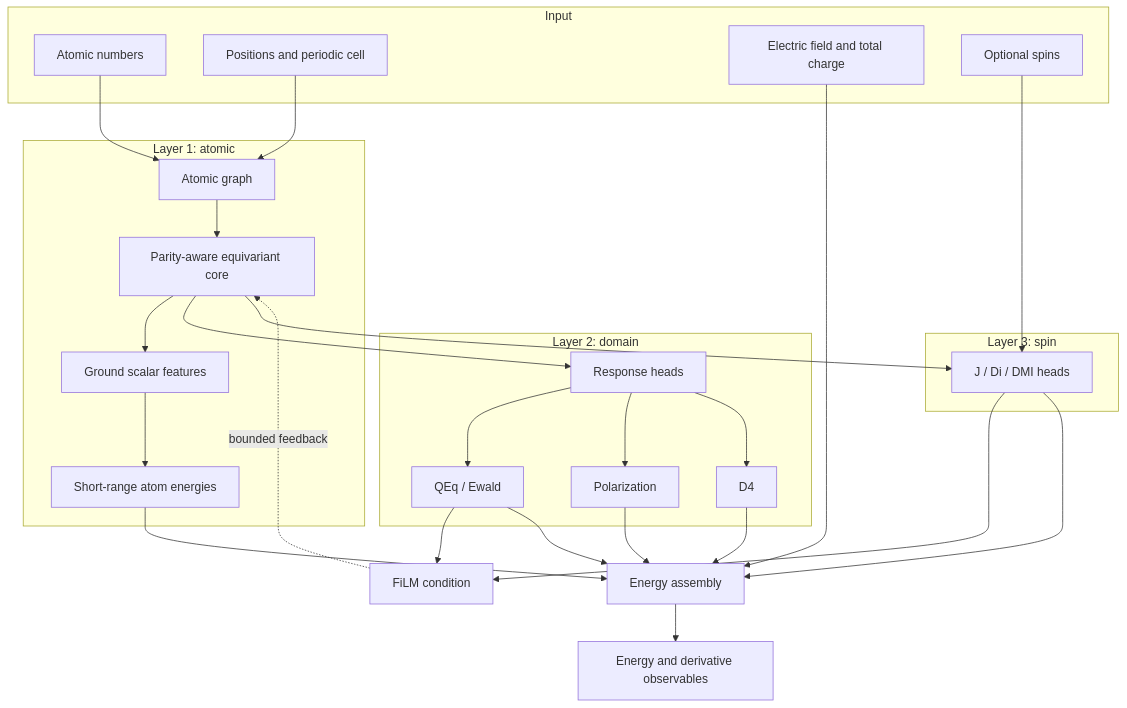
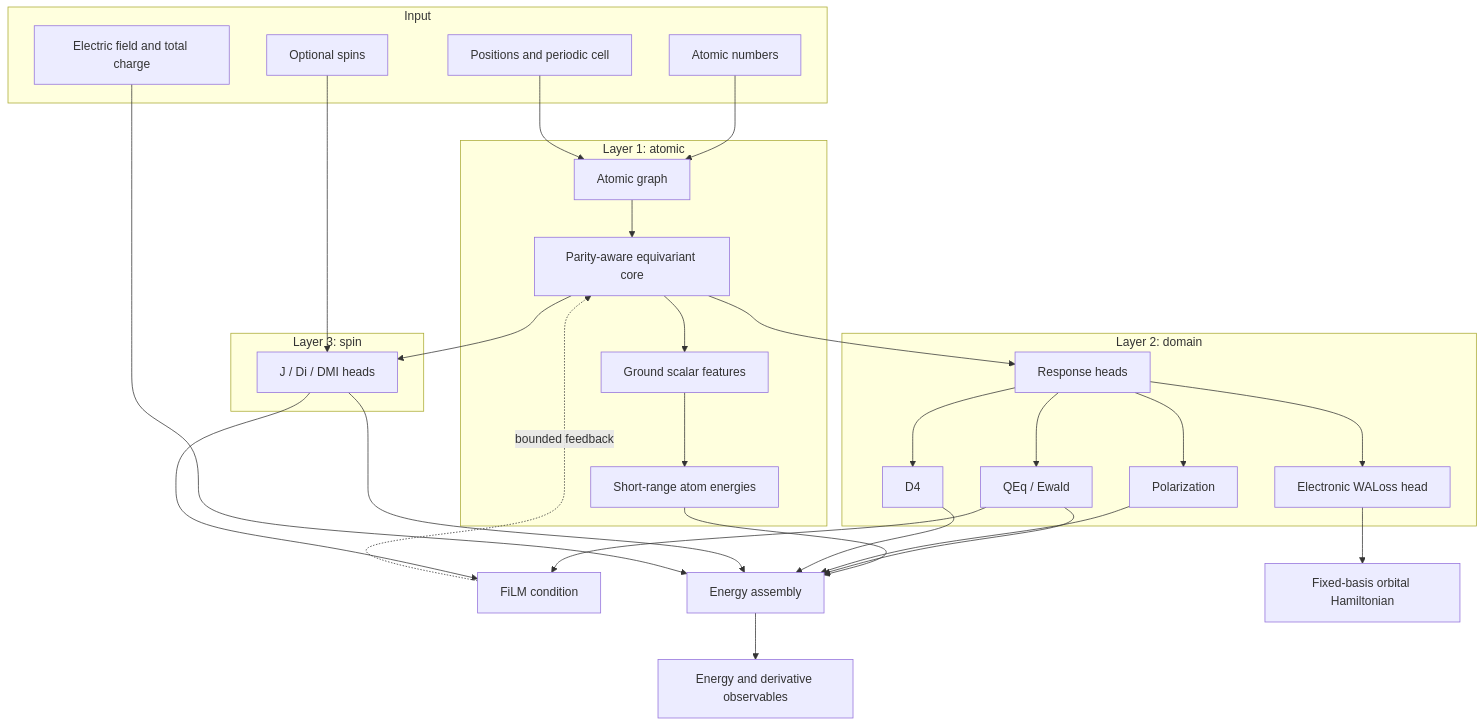
The second of 4 diagrams in docs/ARCHITECTURE.md (FonaTech/E3-miu-GNN), drawn with Mermaid before and after one commit. The commit also changed other lines of this file and 12 other files, not shown here.

````diff
--- a/docs/ARCHITECTURE.md
+++ b/docs/ARCHITECTURE.md
@@ -56,42 +59,44 @@
 ```mermaid
 flowchart TB
     subgraph Input
         Z[Atomic numbers]
         R[Positions and periodic cell]
         E[Electric field and total charge]
         S[Optional spins]
     end
 
     Z --> G[Atomic graph]
     R --> G
 
     subgraph L1[Layer 1: atomic]
         G --> C1[Parity-aware equivariant core]
         C1 --> GS[Ground scalar features]
         GS --> ES[Short-range atom energies]
     end
 
     subgraph L2[Layer 2: domain]
         C1 --> RH[Response heads]
         RH --> Q[QEq / Ewald]
         RH --> P[Polarization]
         RH --> D4[D4]
+        RH --> WH[Electronic WALoss head]
     end
 
     subgraph L3[Layer 3: spin]
         C1 --> SH[J / Di / DMI heads]
         S --> SH
     end
 
     Q --> FC[FiLM condition]
     SH --> FC
     FC -. bounded feedback .-> C1
 
     ES --> H[Energy assembly]
     Q --> H
     P --> H
     D4 --> H
     SH --> H
     E --> H
     H --> O[Energy and derivative observables]
+    WH --> WO[Fixed-basis orbital Hamiltonian]
 ```
````
